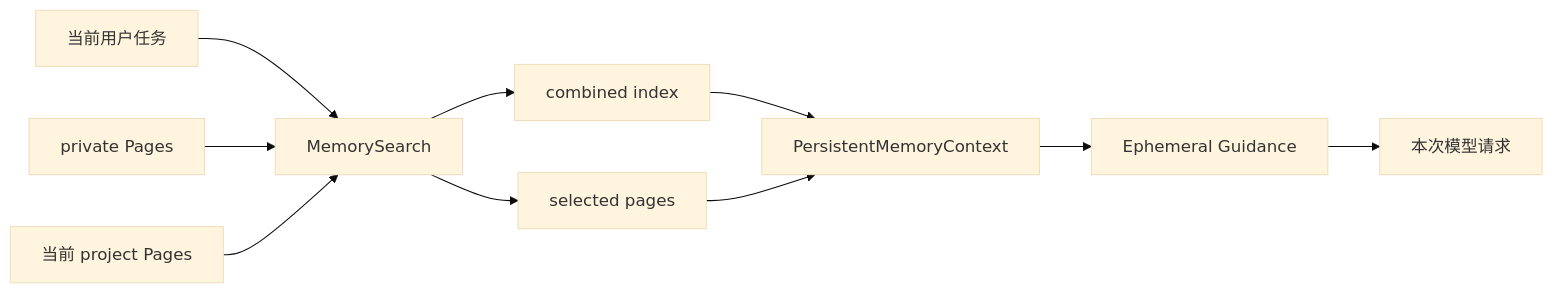
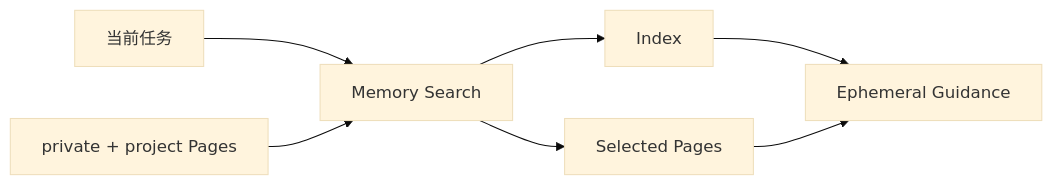
Before and after one commit to Arthur999459up/GitAgent: the ninth of 10 diagrams in docs/11-long-term-memory.md, drawn with Mermaid (base theme). The commit also changed other lines of this file and 15 other files, not shown here.

````diff
--- a/docs/11-long-term-memory.md
+++ b/docs/11-long-term-memory.md
@@ -526,12 +224,9 @@
 ```mermaid
 flowchart LR
-    Q[当前用户任务] --> S[MemorySearch]
-    P[private Pages] --> S
-    R[当前 project Pages] --> S
-    S --> I[combined index]
-    S --> H[selected pages]
-    I --> C[PersistentMemoryContext]
-    H --> C
-    C --> G[Ephemeral Guidance]
-    G --> M[本次模型请求]
+    Q[当前任务] --> S[Memory Search]
+    P[private + project Pages] --> S
+    S --> I[Index]
+    S --> H[Selected Pages]
+    I --> G[Ephemeral Guidance]
+    H --> G
 ```
````
